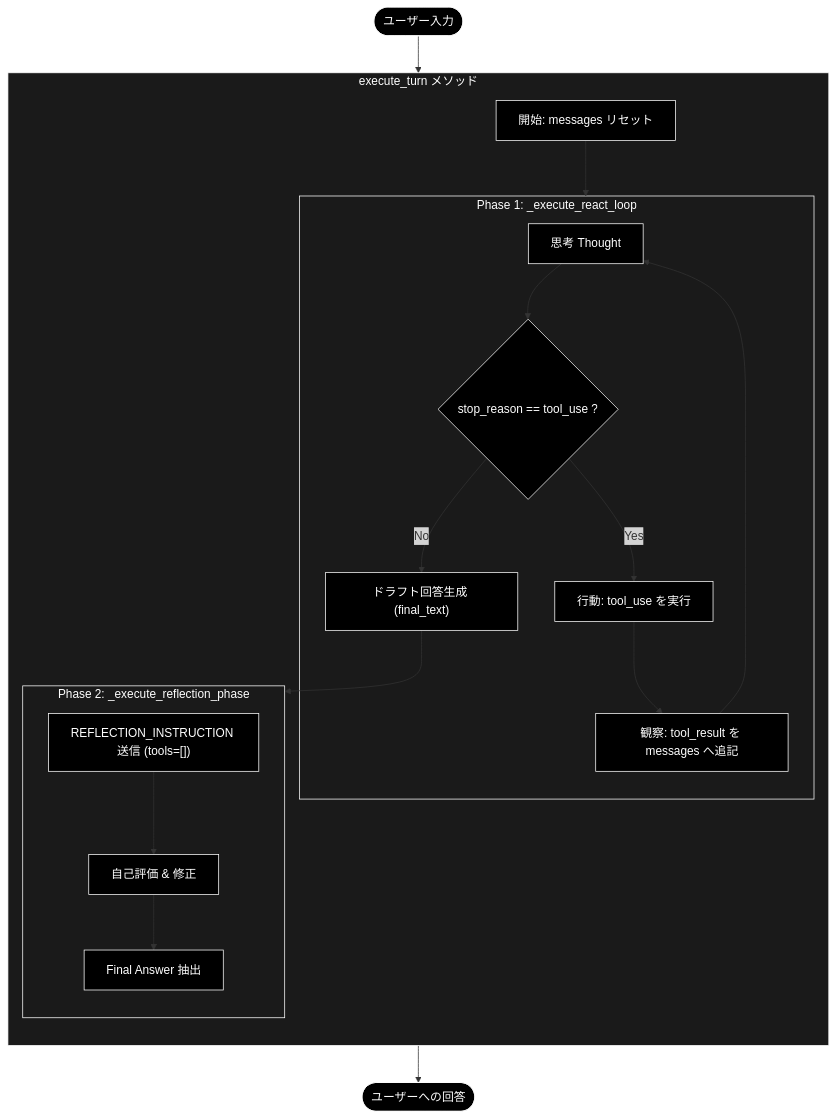
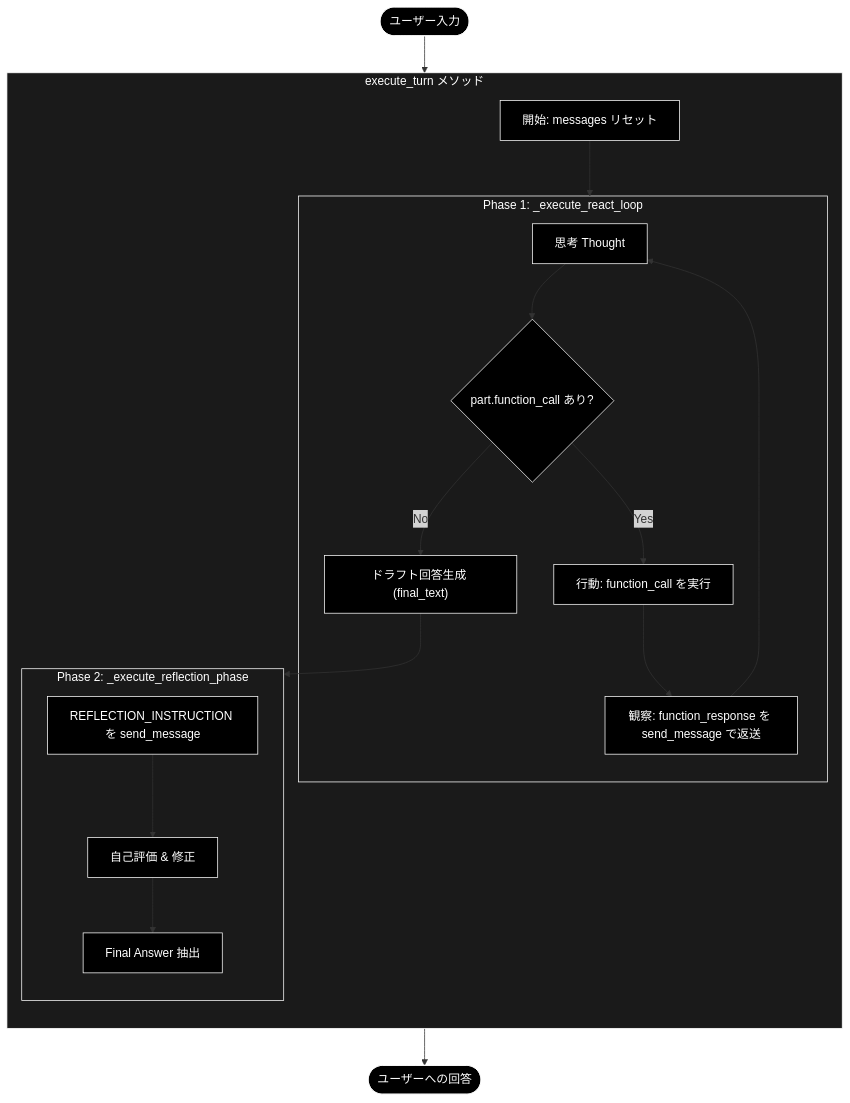
Before and after one commit to nakashima2toshio/anthropic_grace_agent_v2: the seventh of 10 diagrams in readme_react_reflection.md, drawn with Mermaid. The commit also changed other lines of this file and 9 other files, not shown here.

````diff
--- a/readme_react_reflection.md
+++ b/readme_react_reflection.md
@@ -690,30 +731,30 @@
 ```mermaid
 flowchart TD
     User(["ユーザー入力"]) --> Start
     subgraph Agent_Process ["execute_turn メソッド"]
         direction TB
         Start["開始: messages リセット"] --> ReAct_Phase
 
         subgraph ReAct_Phase ["Phase 1: _execute_react_loop"]
-            Think["思考 Thought"] --> Decide{"stop_reason == tool_use ?"}
-            Decide -- Yes --> Action["行動: tool_use を実行"]
-            Action --> Observe["観察: tool_result を messages へ追記"]
+            Think["思考 Thought"] --> Decide{"part.function_call あり?"}
+            Decide -- Yes --> Action["行動: function_call を実行"]
+            Action --> Observe["観察: function_response を send_message で返送"]
             Observe --> Think
             Decide -- No --> Draft["ドラフト回答生成 (final_text)"]
         end
 
         Draft --> Reflection_Phase
 
         subgraph Reflection_Phase ["Phase 2: _execute_reflection_phase"]
-            Review["REFLECTION_INSTRUCTION 送信 (tools=[])"] --> Critique["自己評価 & 修正"]
+            Review["REFLECTION_INSTRUCTION を send_message"] --> Critique["自己評価 & 修正"]
             Critique --> Finalize["Final Answer 抽出"]
         end
     end
     Finalize --> Output(["ユーザーへの回答"])
 classDef default fill:#000,stroke:#fff,color:#fff
 classDef subgraphStyle fill:#1a1a1a,stroke:#fff,color:#fff
 class User,Start,Think,Decide,Action,Observe,Draft,Review,Critique,Finalize,Output default
 style Agent_Process fill:#1a1a1a,stroke:#fff,color:#fff
 style ReAct_Phase fill:#1a1a1a,stroke:#fff,color:#fff
 style Reflection_Phase fill:#1a1a1a,stroke:#fff,color:#fff
 ```
````
